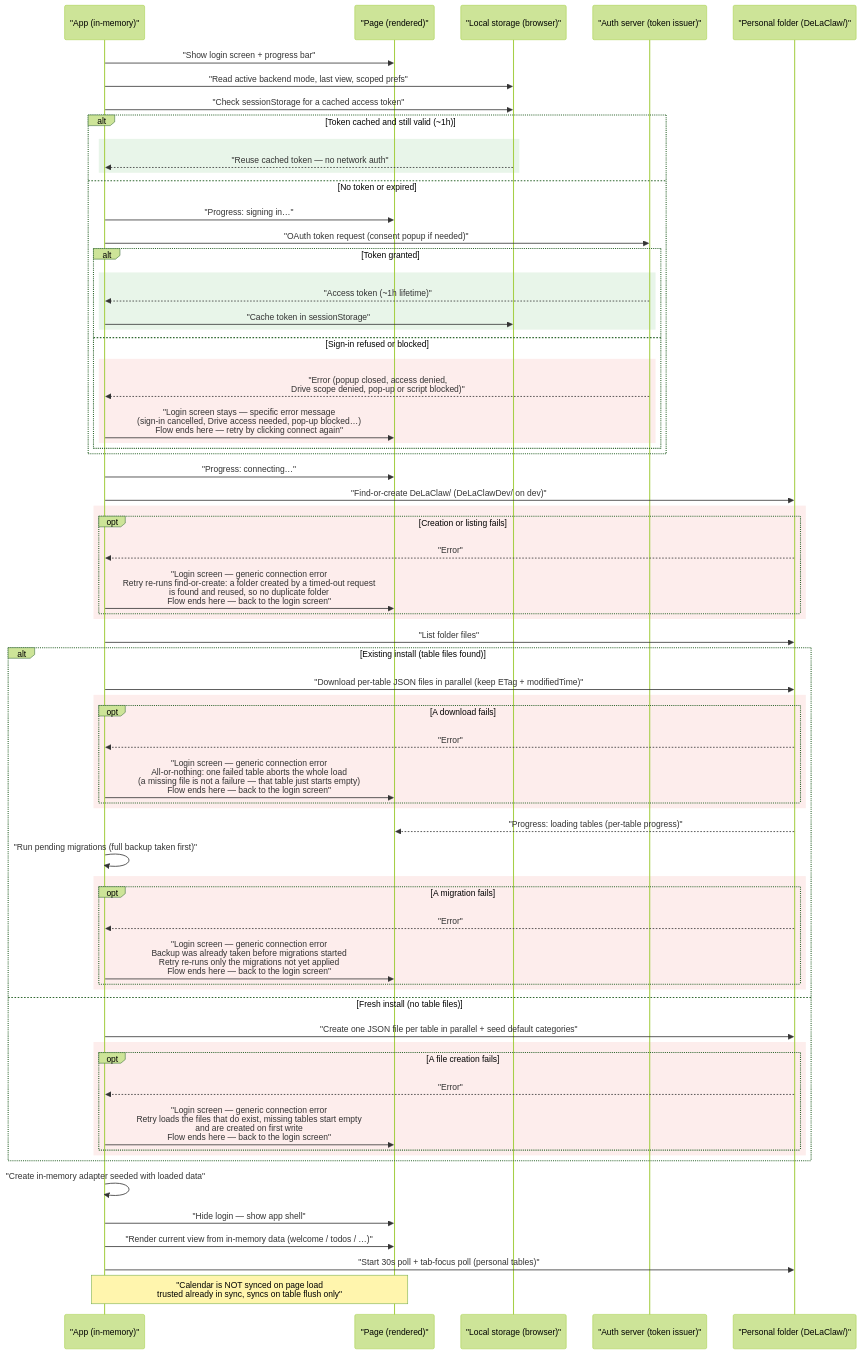
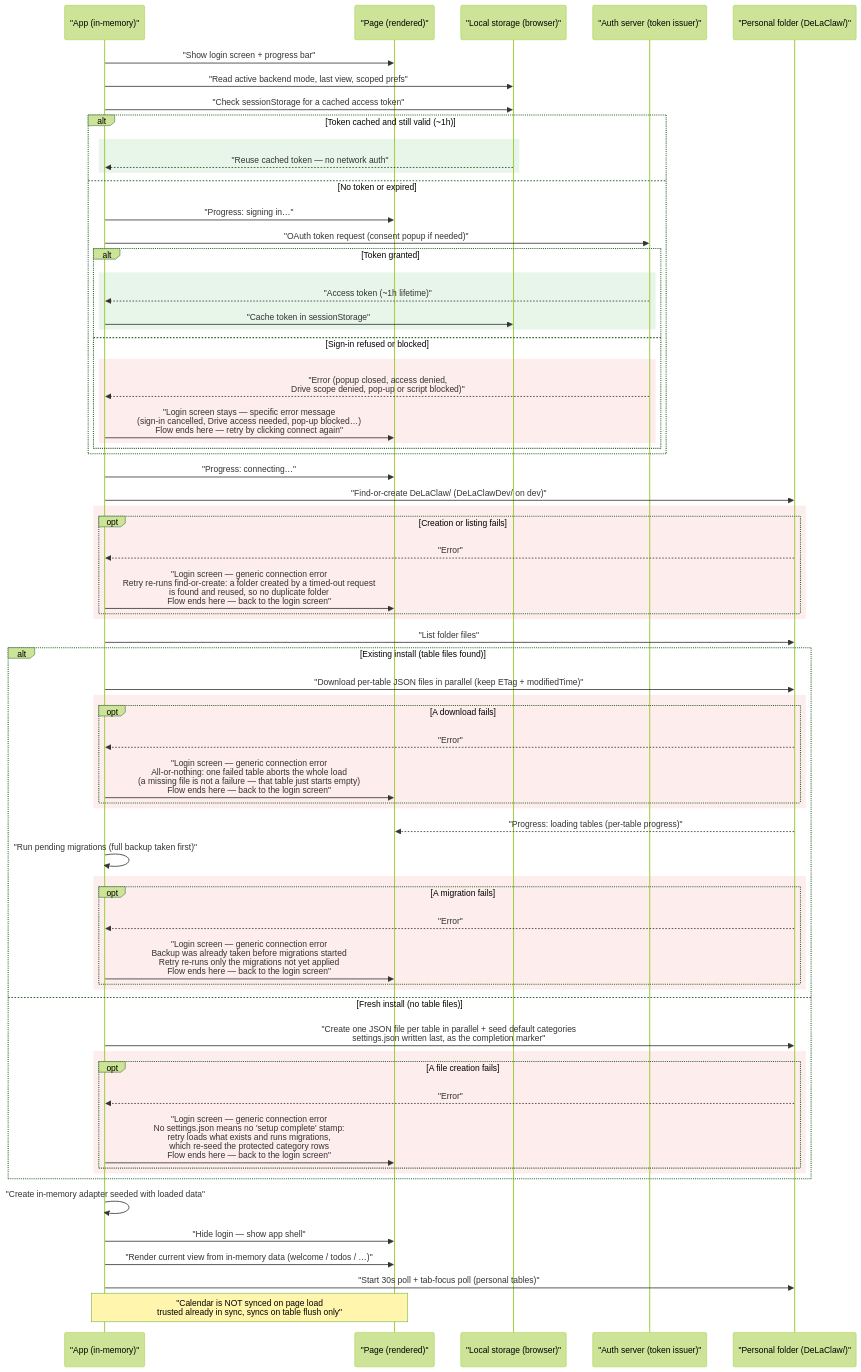
One commit to AntGro/DeLaClaw changed the second of 7 diagrams in docs-site/sync-architecture.md. Above: the diagram before and after it, drawn with Mermaid (forest theme). The commit also changed 7 other files, not shown here.

First line of the commit message:
fix(drive): write settings.json last on fresh install, as the completion marker

````diff
--- a/docs-site/sync-architecture.md
+++ b/docs-site/sync-architecture.md
@@ -53,75 +53,75 @@
 ```mermaid
 sequenceDiagram
     participant App as "App (in-memory)"
     participant Page as "Page (rendered)"
     participant LS as "Local storage (browser)"
     participant Auth as "Auth server (token issuer)"
     participant PF as "Personal folder (DeLaClaw/)"
 
     App->>Page: "Show login screen + progress bar"
     App->>LS: "Read active backend mode, last view, scoped prefs"
     App->>LS: "Check sessionStorage for a cached access token"
 
     alt Token cached and still valid (~1h)
         rect rgb(232, 245, 233)
         LS-->>App: "Reuse cached token — no network auth"
         end
     else No token or expired
         App->>Page: "Progress: signing in…"
         App->>Auth: "OAuth token request (consent popup if needed)"
         alt Token granted
             rect rgb(232, 245, 233)
             Auth-->>App: "Access token (~1h lifetime)"
             App->>LS: "Cache token in sessionStorage"
             end
         else Sign-in refused or blocked
             rect rgb(253, 237, 236)
             Auth-->>App: "Error (popup closed, access denied,<br/>Drive scope denied, pop-up or script blocked)"
             App->>Page: "Login screen stays — specific error message<br/>(sign-in cancelled, Drive access needed, pop-up blocked…)<br/>Flow ends here — retry by clicking connect again"
             end
         end
     end
 
     App->>Page: "Progress: connecting…"
     App->>PF: "Find-or-create DeLaClaw/ (DeLaClawDev/ on dev)"
     rect rgb(253, 237, 236)
     opt Creation or listing fails
         PF-->>App: "Error"
         App->>Page: "Login screen — generic connection error<br/>Retry re-runs find-or-create: a folder created by a timed-out request<br/>is found and reused, so no duplicate folder<br/>Flow ends here — back to the login screen"
     end
     end
     App->>PF: "List folder files"
 
     alt Existing install (table files found)
         App->>PF: "Download per-table JSON files in parallel (keep ETag + modifiedTime)"
         rect rgb(253, 237, 236)
         opt A download fails
             PF-->>App: "Error"
             App->>Page: "Login screen — generic connection error<br/>All-or-nothing: one failed table aborts the whole load<br/>(a missing file is not a failure — that table just starts empty)<br/>Flow ends here — back to the login screen"
         end
         end
         PF-->>Page: "Progress: loading tables (per-table progress)"
         App->>App: "Run pending migrations (full backup taken first)"
         rect rgb(253, 237, 236)
         opt A migration fails
             PF-->>App: "Error"
             App->>Page: "Login screen — generic connection error<br/>Backup was already taken before migrations started<br/>Retry re-runs only the migrations not yet applied<br/>Flow ends here — back to the login screen"
         end
         end
     else Fresh install (no table files)
-        App->>PF: "Create one JSON file per table in parallel + seed default categories"
+        App->>PF: "Create one JSON file per table in parallel + seed default categories<br/>settings.json written last, as the completion marker"
         rect rgb(253, 237, 236)
         opt A file creation fails
             PF-->>App: "Error"
-            App->>Page: "Login screen — generic connection error<br/>Retry loads the files that do exist, missing tables start empty<br/>and are created on first write<br/>Flow ends here — back to the login screen"
+            App->>Page: "Login screen — generic connection error<br/>No settings.json means no 'setup complete' stamp:<br/>retry loads what exists and runs migrations,<br/>which re-seed the protected category rows<br/>Flow ends here — back to the login screen"
         end
         end
     end
 
     App->>App: "Create in-memory adapter seeded with loaded data"
     App->>Page: "Hide login — show app shell"
     App->>Page: "Render current view from in-memory data (welcome / todos / …)"
     App->>PF: "Start 30s poll + tab-focus poll (personal tables)"
 
     Note over App,Page: "Calendar is NOT synced on page load<br/>trusted already in sync, syncs on table flush only"
 ```
````
